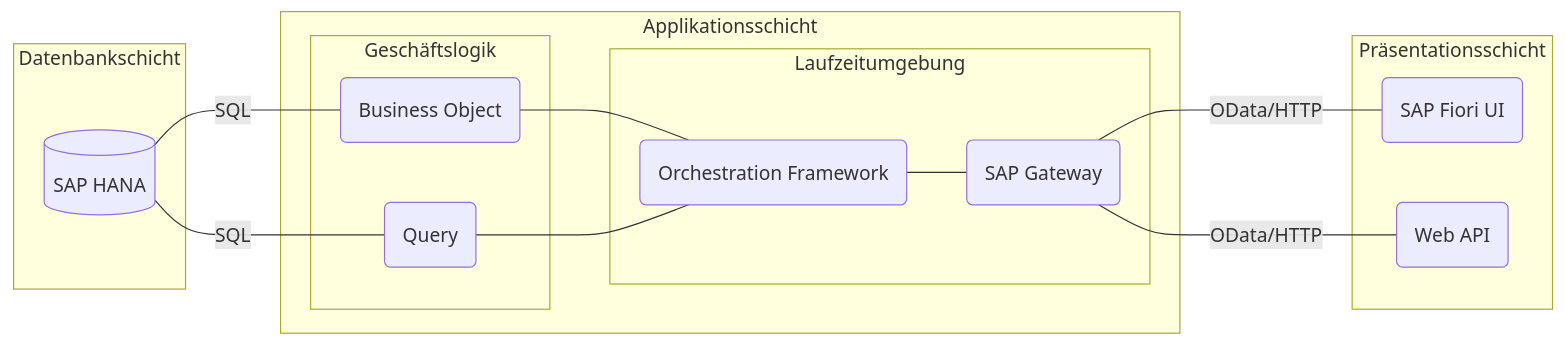
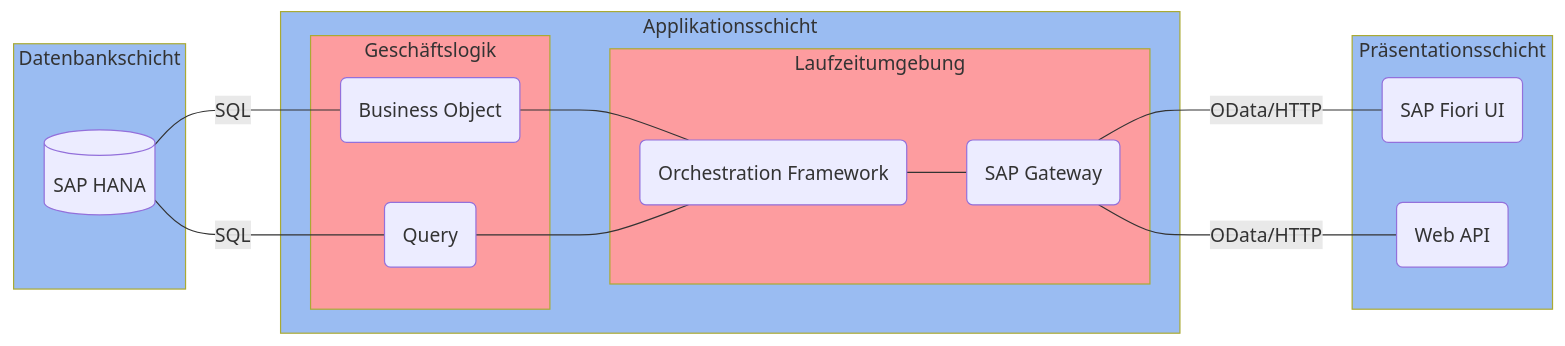
One commit to appenmaier/s4hana changed the diagram in docs/documentation/introduction.md. Above: the diagram before and after it, drawn with Mermaid. The commit also changed 15 other files, not shown here.

Commit message:
update cookbook and mermaid

````diff
--- a/docs/documentation/introduction.md
+++ b/docs/documentation/introduction.md
@@ -21,30 +21,36 @@
 ```mermaid
 flowchart RL
     bo --SQL--- saphana
     query --SQL--- saphana
     orchestrationframework --- bo
     orchestrationframework --- query
     sapgateway --- orchestrationframework
     sapfioriui --OData/HTTP--- sapgateway
     webapi --OData/HTTP --- sapgateway
 
     subgraph Datenbankschicht
         saphana[(SAP HANA)]
     end
 
     subgraph Applikationsschicht
         subgraph Geschäftslogik
             bo(Business Object)
             query(Query)
         end
         subgraph Laufzeitumgebung
             sapgateway(SAP Gateway)
             orchestrationframework(Orchestration Framework)
         end
     end
 
     subgraph Präsentationsschicht
         sapfioriui(SAP Fiori UI)
         webapi(Web API)
     end
+
+    style Datenbankschicht fill:#9abcf2
+    style Applikationsschicht fill:#9abcf2
+    style Präsentationsschicht fill:#9abcf2
+    style Geschäftslogik fill:#fd9c9f
+    style Laufzeitumgebung fill:#fd9c9f
 ```
````
